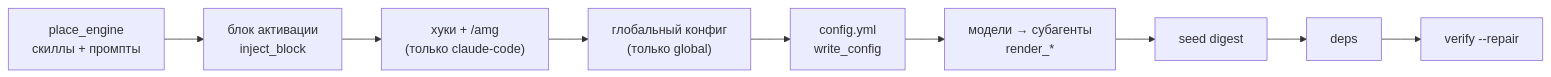
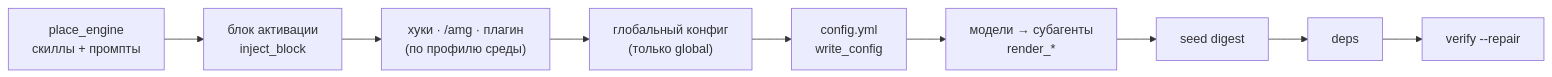
One commit to Kvazar123/llm-amg changed the second of 2 diagrams in docs/ru/architecture/12-install.md. Above: the diagram before and after it, drawn with Mermaid. The commit also changed other lines of this file and 11 other files, not shown here.

First line of the commit message:
docs(install): five-env surfaces refreshed — Codex trust flow, OpenCode plugin and incremental dump, env command files; OpenCode caveat softened (stage 23, tasks 24/25)

````diff
--- a/docs/ru/architecture/12-install.md
+++ b/docs/ru/architecture/12-install.md
@@ -47,9 +51,9 @@
 ```mermaid
 flowchart LR
     PE["place_engine<br/>скиллы + промпты"] --> BL["блок активации<br/>inject_block"]
-    BL --> HC["хуки + /amg<br/>(только claude-code)"]
+    BL --> HC["хуки · /amg · плагин<br/>(по профилю среды)"]
     HC --> GC["глобальный конфиг<br/>(только global)"]
     GC --> CF["config.yml<br/>write_config"]
     CF --> MD["модели → субагенты<br/>render_*"]
     MD --> DG["seed digest"] --> DE["deps"] --> VF["verify --repair"]
 ```
````
